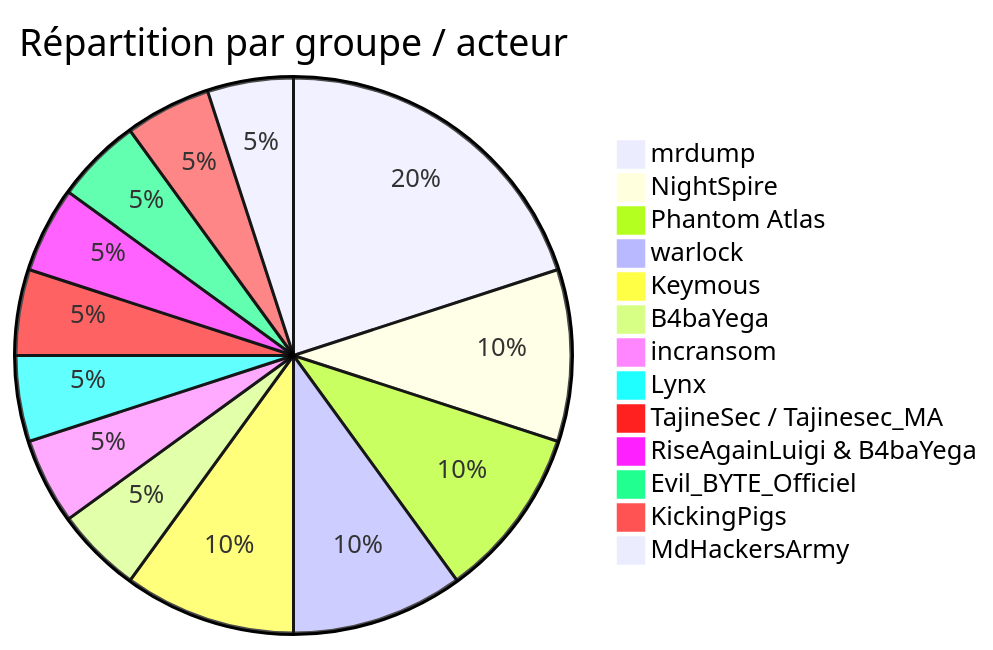
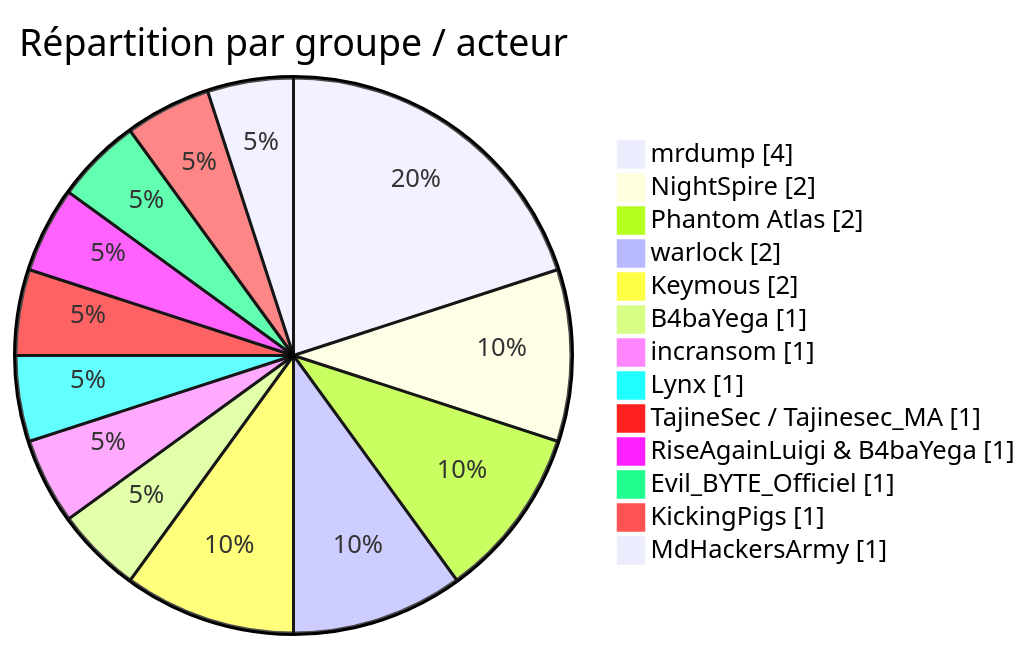
Before and after one commit to Hatchepsoute/AFRINTEL: the first of 6 diagrams in CyberAttackAfrica/2025/06-june/README_FR.md, drawn with Mermaid. The commit also changed other lines of this file and 182 other files, not shown here.

````diff
--- a/CyberAttackAfrica/2025/06-june/README_FR.md
+++ b/CyberAttackAfrica/2025/06-june/README_FR.md
@@ -39,16 +41,17 @@
 ```mermaid
-pie title Répartition par groupe / acteur
+pie showData
+    title Répartition par groupe / acteur
     "mrdump" : 4
     "NightSpire" : 2
     "Phantom Atlas" : 2
     "warlock" : 2
     "Keymous" : 2
     "B4baYega" : 1
     "incransom" : 1
     "Lynx" : 1
     "TajineSec / Tajinesec_MA" : 1
     "RiseAgainLuigi & B4baYega" : 1
     "Evil_BYTE_Officiel" : 1
     "KickingPigs" : 1
     "MdHackersArmy" : 1
 ```
````
